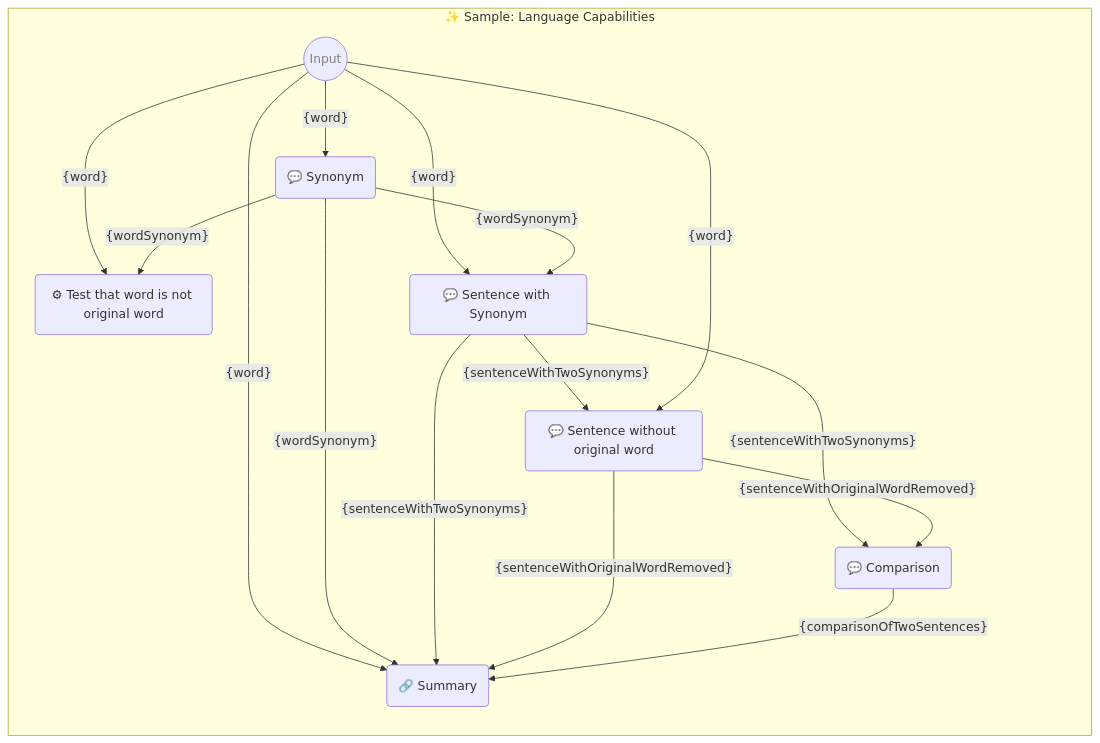
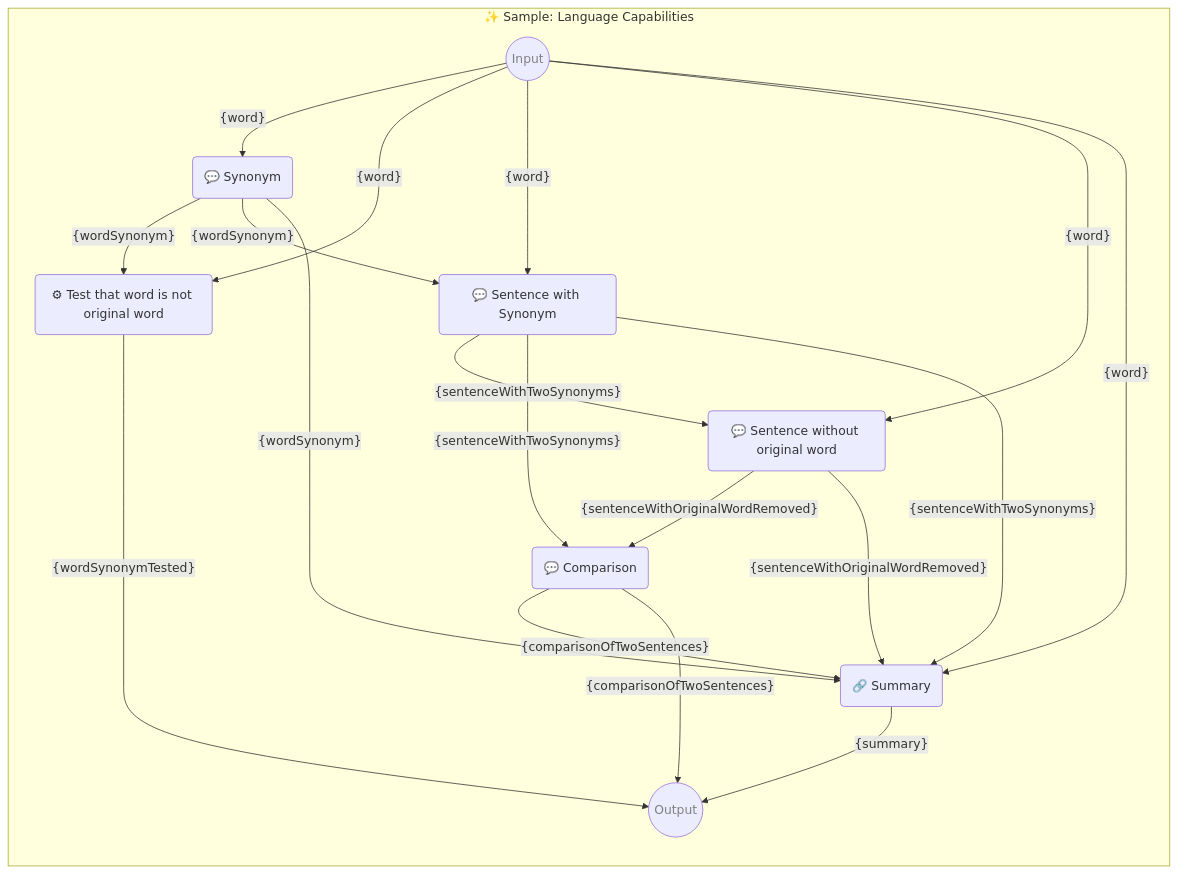
Before and after one commit to webgptorg/promptbook: the diagram in samples/templates/50-advanced.ptbk.md, drawn with Mermaid. The commit also changed other lines of this file and 43 other files, not shown here.

````diff
--- a/samples/templates/50-advanced.ptbk.md
+++ b/samples/templates/50-advanced.ptbk.md
@@ -16,34 +17,40 @@
 ```mermaid
 %% 🔮 Tip: Open this on GitHub or in the VSCode website to see the Mermaid graph visually
 
 flowchart LR
   subgraph "✨ Sample: Language Capabilities"
 
       direction TB
 
       input((Input)):::input
       templateSynonym(💬 Synonym)
       input--"{word}"-->templateSynonym
       templateTestThatWordIsNotOriginalWord(⚙ Test that word is not original word)
       input--"{word}"-->templateTestThatWordIsNotOriginalWord
       templateSynonym--"{wordSynonym}"-->templateTestThatWordIsNotOriginalWord
       templateSentenceWithSynonym(💬 Sentence with Synonym)
       input--"{word}"-->templateSentenceWithSynonym
       templateSynonym--"{wordSynonym}"-->templateSentenceWithSynonym
       templateSentenceWithoutOriginalWord(💬 Sentence without original word)
       templateSentenceWithSynonym--"{sentenceWithTwoSynonyms}"-->templateSentenceWithoutOriginalWord
       input--"{word}"-->templateSentenceWithoutOriginalWord
       templateComparison(💬 Comparison)
       templateSentenceWithSynonym--"{sentenceWithTwoSynonyms}"-->templateComparison
       templateSentenceWithoutOriginalWord--"{sentenceWithOriginalWordRemoved}"-->templateComparison
       templateSummary(🔗 Summary)
       input--"{word}"-->templateSummary
       templateSynonym--"{wordSynonym}"-->templateSummary
       templateSentenceWithSynonym--"{sentenceWithTwoSynonyms}"-->templateSummary
       templateSentenceWithoutOriginalWord--"{sentenceWithOriginalWordRemoved}"-->templateSummary
       templateComparison--"{comparisonOfTwoSentences}"-->templateSummary
 
+      templateComparison--"{comparisonOfTwoSentences}"-->output
+      templateSummary--"{summary}"-->output
+      templateTestThatWordIsNotOriginalWord--"{wordSynonymTested}"-->output
+      output((Output)):::output
+
       classDef input color: grey;
+      classDef output color: grey;
 
   end;
 ```
````
